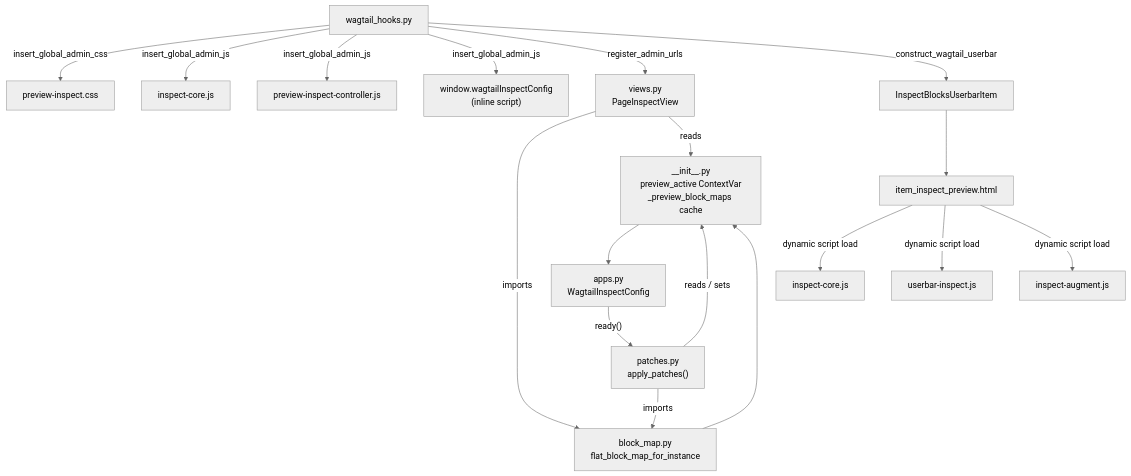
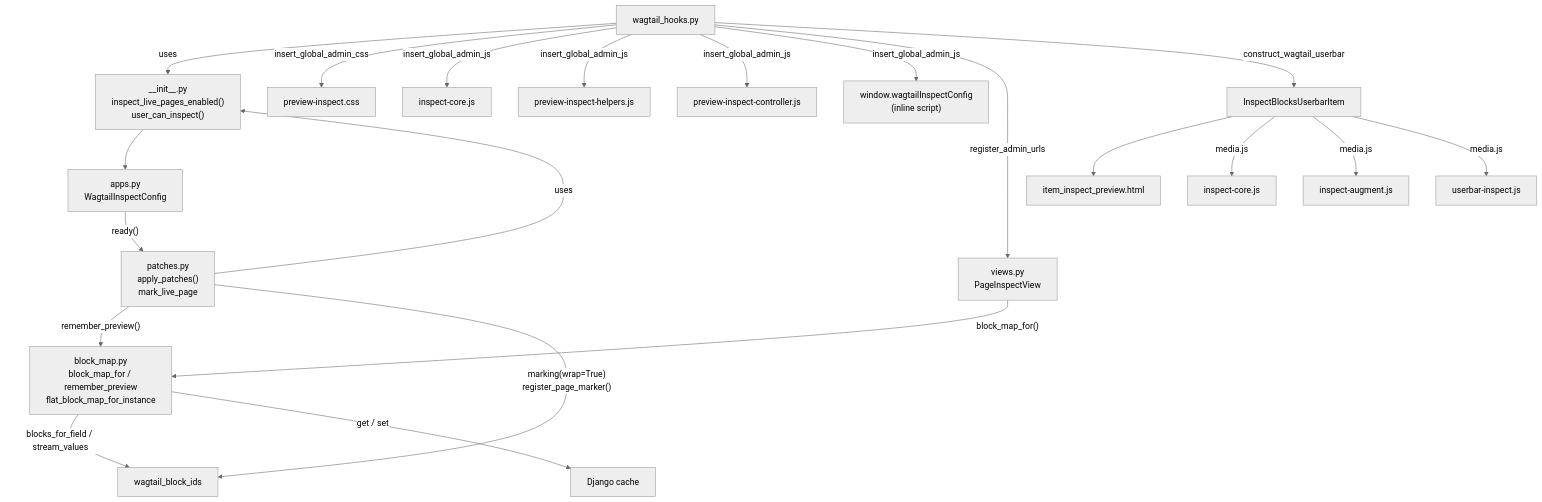
One commit to lincolnloop/wagtail-inspect changed the diagram in docs/python-backend.md. Above: the diagram before and after it, drawn with Mermaid (neutral theme). The commit also changed other lines of this file and 10 other files, not shown here.

Commit message:
Update docs for wagtail-block-ids and per-editor preview maps

````diff
--- a/docs/python-backend.md
+++ b/docs/python-backend.md
@@ -35,20 +33,23 @@
 ```mermaid
 graph TD
-  Init["__init__.py\npreview_active ContextVar\n_preview_block_maps cache"] --> Apps["apps.py\nWagtailInspectConfig"]
-  Apps -->|"ready()"| Patches["patches.py\napply_patches()"]
-  Patches -->|"reads / sets"| Init
-  Patches -->|"imports"| BlockMap["block_map.py\nflat_block_map_for_instance"]
-  BlockMap --> Init
-  Views["views.py\nPageInspectView"] -->|"imports"| BlockMap
-  Views -->|"reads"| Init
-  Hooks["wagtail_hooks.py"] -->|"insert_global_admin_css"| CSS["preview-inspect.css"]
+  Init["__init__.py\ninspect_live_pages_enabled()\nuser_can_inspect()"] --> Apps["apps.py\nWagtailInspectConfig"]
+  Apps -->|"ready()"| Patches["patches.py\napply_patches()\nmark_live_page"]
+  Patches -->|"uses"| Init
+  Patches -->|"remember_preview()"| BlockMap["block_map.py\nblock_map_for / remember_preview\nflat_block_map_for_instance"]
+  Patches -->|"marking(wrap=True)\nregister_page_marker()"| BlockIds["wagtail_block_ids"]
+  BlockMap -->|"blocks_for_field / stream_values"| BlockIds
+  BlockMap -->|"get / set"| Cache["Django cache"]
+  Views["views.py\nPageInspectView"] -->|"block_map_for()"| BlockMap
+  Hooks["wagtail_hooks.py"] -->|"uses"| Init
+  Hooks -->|"insert_global_admin_css"| CSS["preview-inspect.css"]
   Hooks -->|"insert_global_admin_js"| CoreJS["inspect-core.js"]
+  Hooks -->|"insert_global_admin_js"| HelpersJS["preview-inspect-helpers.js"]
   Hooks -->|"insert_global_admin_js"| CtrlJS["preview-inspect-controller.js"]
   Hooks -->|"insert_global_admin_js"| Config["window.wagtailInspectConfig\n(inline script)"]
   Hooks -->|"register_admin_urls"| Views
   Hooks -->|"construct_wagtail_userbar"| UserbarItem["InspectBlocksUserbarItem"]
   UserbarItem --> Template["item_inspect_preview.html"]
-  Template -->|"dynamic script load"| CoreJS2["inspect-core.js"]
-  Template -->|"dynamic script load"| UserbarJS["userbar-inspect.js"]
-  Template -->|"dynamic script load"| AugmentJS["inspect-augment.js"]
+  UserbarItem -->|"media.js"| CoreJS2["inspect-core.js"]
+  UserbarItem -->|"media.js"| AugmentJS["inspect-augment.js"]
+  UserbarItem -->|"media.js"| UserbarJS["userbar-inspect.js"]
 ```
````
